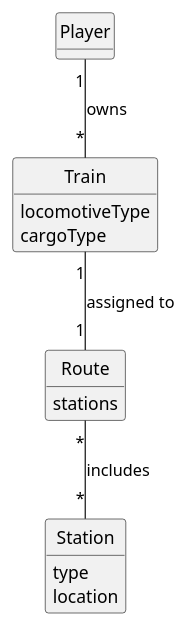
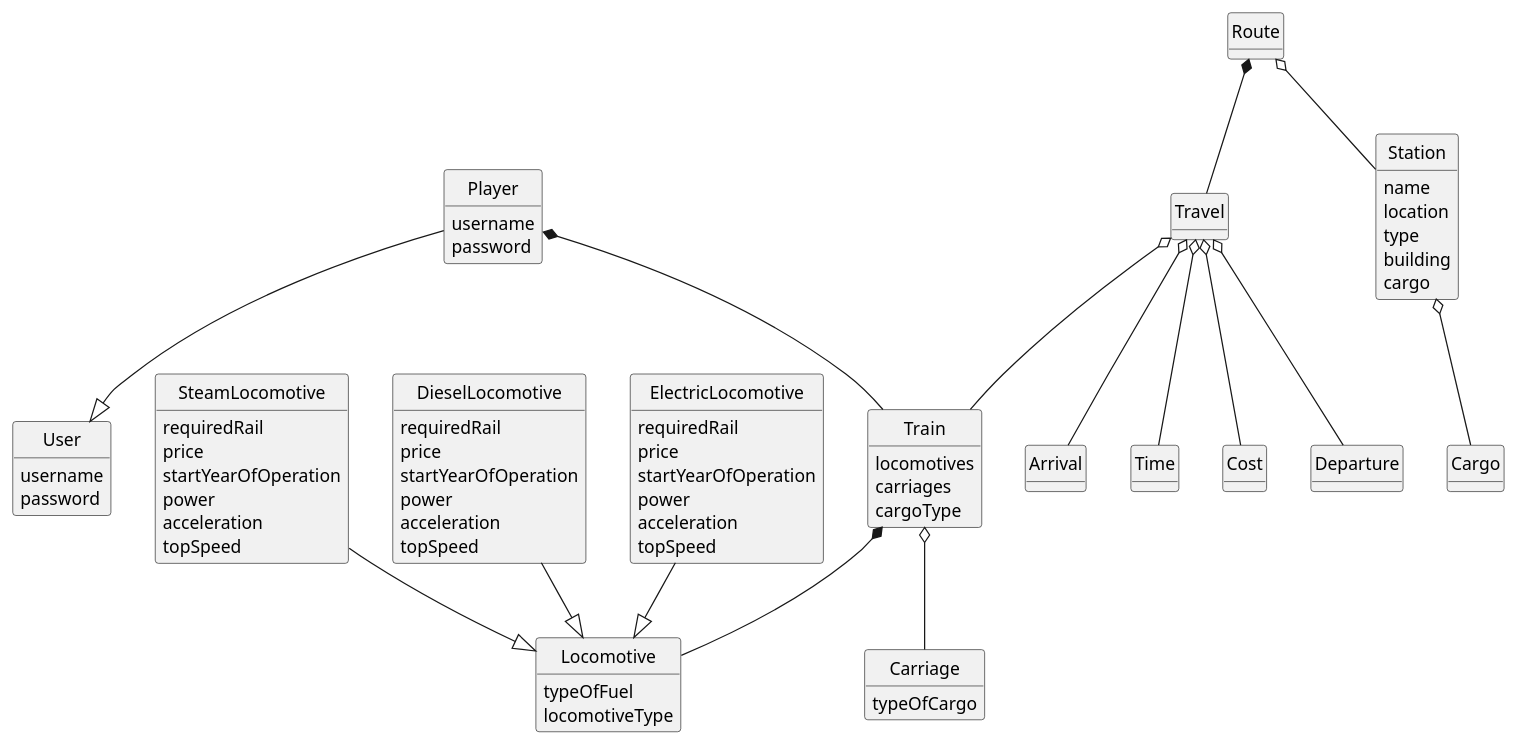
Before and after one commit to goncalolopesp/sem2-pi-24.25-g093-repo: the diagram in docs/system-documentation/US010/02.analysis/puml/US010-DM.puml, drawn with PlantUML. The commit also changed 4 other files, not shown here.

```diff
--- a/docs/system-documentation/US010/02.analysis/puml/US010-DM.puml
+++ b/docs/system-documentation/US010/02.analysis/puml/US010-DM.puml
@@ -1,31 +1,105 @@
 @startuml
 skinparam monochrome true
 skinparam packageStyle rectangle
 skinparam shadowing false
 skinparam classAttributeIconSize 0
 
 hide circle
 hide methods
 
-class Player {
+class User{
+    username
+    password
 }
 
-class Train {
-    locomotiveType
+class Player {
+    username
+    password
+    + buyTrain(carriage: Carriage, locomotive: Locomotive)
+}
+
+class Train{
+    locomotives
+    carriages
     cargoType
 }
 
-class Route {
-    stations
+class Locomotive{
+    typeOfFuel
+    locomotiveType
+}
+
+class SteamLocomotive{
+    requiredRail
+    price
+    startYearOfOperation
+    power
+    acceleration
+    topSpeed
+}
+
+class DieselLocomotive{
+    requiredRail
+    price
+    startYearOfOperation
+    power
+    acceleration
+    topSpeed
+}
+
+class ElectricLocomotive{
+    requiredRail
+    price
+    startYearOfOperation
+    power
+    acceleration
+    topSpeed
+}
+
+class Carriage{
+    typeOfCargo
 }
 
 class Station {
+    name
+    location
     type
-    location
+    building
+    cargo
 }
 
-Player "1" -- "*" Train : owns
-Train "1" -- "1" Route : assigned to
-Route "*" -- "*" Station : includes
+class Travel{
+
+}
+
+class Departure{
+
+}
+
+class Arrival{
+
+}
+
+class Time{
+
+}
+
+SteamLocomotive --|> Locomotive
+DieselLocomotive --|> Locomotive
+ElectricLocomotive --|> Locomotive
+Player --|> User
+
+Travel o-- Cost
+Travel o-- Departure
+Travel o-- Arrival
+Travel o-- Time
+Travel o-- Train
+Route o-- Station
+Station o-- Cargo
+Train o-- Carriage
+
+Route *-- Travel
+Train *-- Locomotive
+Player *-- Train
 
 @enduml
```
